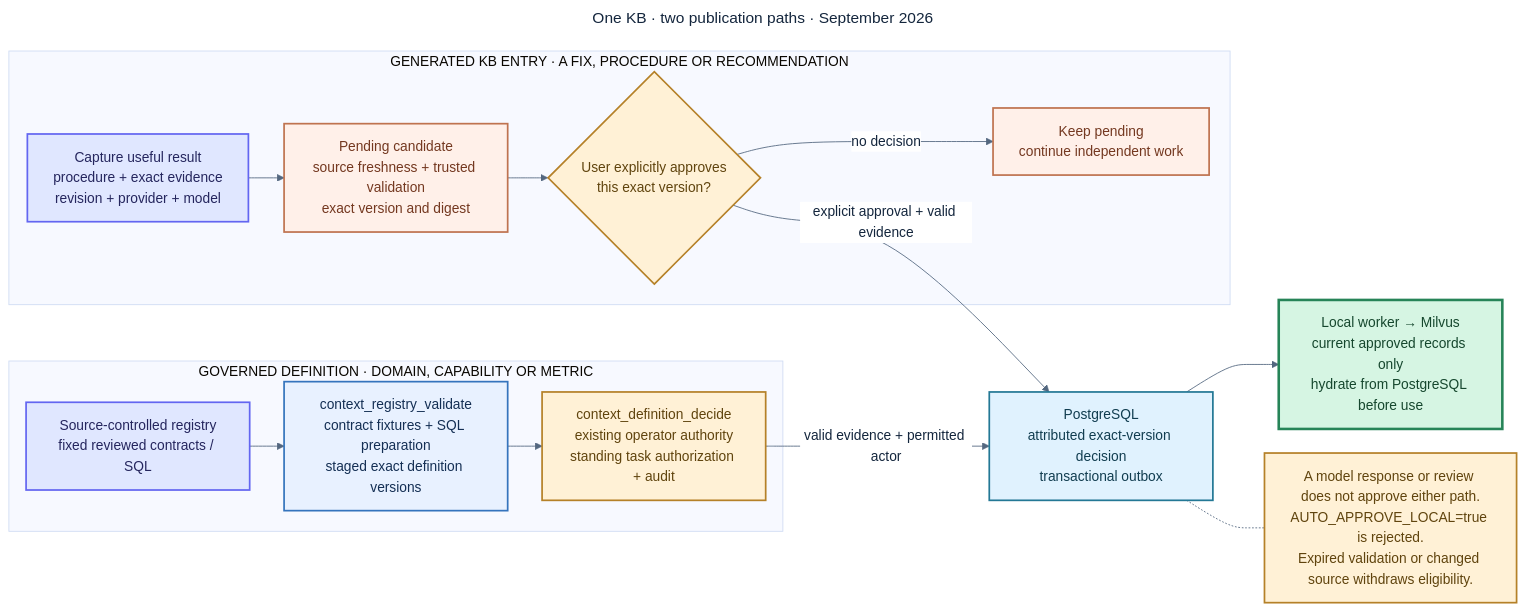
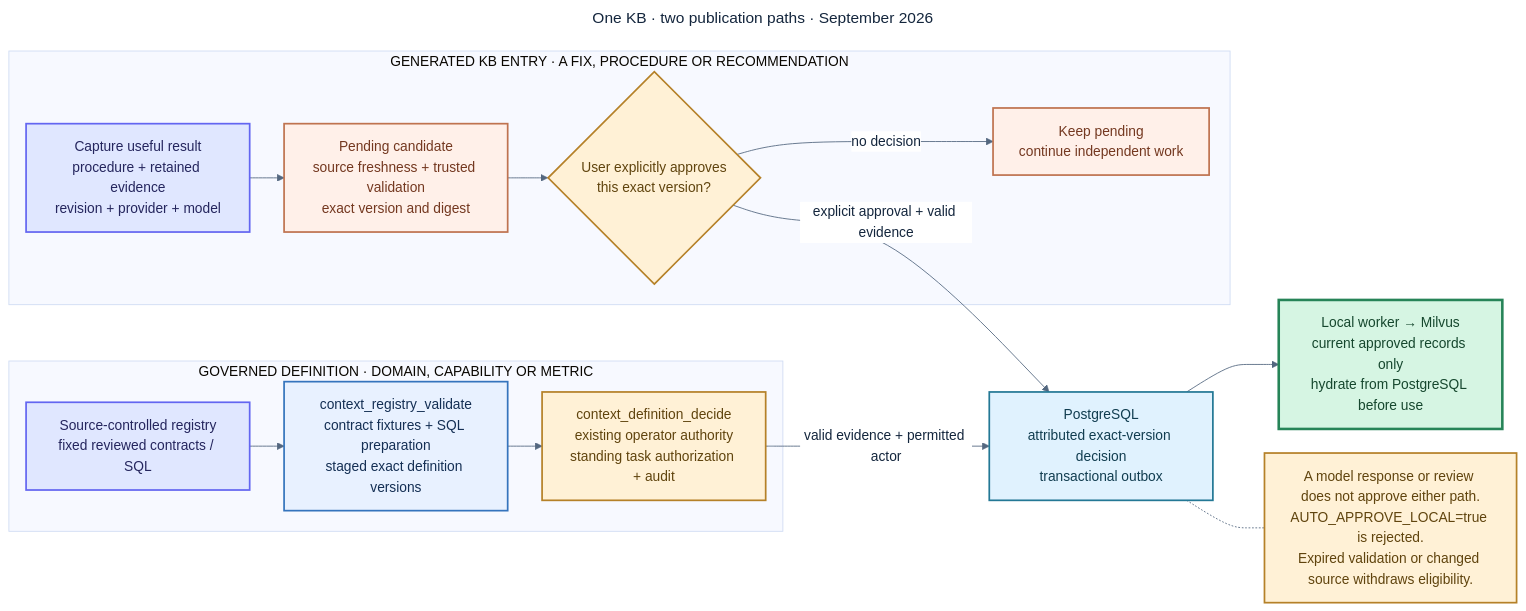
The diagram in docs/diagrams/hybrid-ai-review-learning-explainer.mmd (dhanuka84/local-ai-development-platform), drawn with Mermaid before and after one commit. The commit also changed 186 other files, not shown here.

```diff
--- a/docs/diagrams/hybrid-ai-review-learning-explainer.mmd
+++ b/docs/diagrams/hybrid-ai-review-learning-explainer.mmd
@@ -1,36 +1,36 @@
 ---
 title: One KB · two publication paths · September 2026
 ---
 %%{init: {"theme":"base","themeVariables":{"fontFamily":"Arial, sans-serif","fontSize":"16px","primaryTextColor":"#14263d","lineColor":"#53677f","edgeLabelBackground":"#ffffff"},"flowchart":{"curve":"basis","htmlLabels":true,"nodeSpacing":28,"rankSpacing":40},"fontFamily":"Arial, sans-serif","themeCSS":".nodeLabel, .edgeLabel, .cluster-label, .flowchartTitleText { font-family: Arial, sans-serif !important; }"}}%%
 flowchart LR
     subgraph ENTRY["GENERATED KB ENTRY · A FIX, PROCEDURE OR RECOMMENDATION"]
-        GEN["Capture useful result<br/>procedure + exact evidence<br/>revision + provider + model"]:::client
+        GEN["Capture useful result<br/>procedure + retained evidence<br/>revision + provider + model"]:::client
         PENDING["Pending candidate<br/>source freshness + trusted validation<br/>exact version and digest"]:::pending
         USER{"User explicitly approves<br/>this exact version?"}:::gate
         KEEP["Keep pending<br/>continue independent work"]:::pending
         GEN --> PENDING --> USER
         USER -->|no decision| KEEP
     end
     subgraph DEF["GOVERNED DEFINITION · DOMAIN, CAPABILITY OR METRIC"]
         REG["Source-controlled registry<br/>fixed reviewed contracts / SQL"]:::client
         VAL["context_registry_validate<br/>contract fixtures + SQL preparation<br/>staged exact definition versions"]:::service
         DEC["context_definition_decide<br/>existing operator authority<br/>standing task authorization + audit"]:::gate
         REG --> VAL --> DEC
     end
     COMMIT["PostgreSQL<br/>attributed exact-version decision<br/>transactional outbox"]:::data
     SEARCH["Local worker → Milvus<br/>current approved records only<br/>hydrate from PostgreSQL before use"]:::done
     USER -->|explicit approval + valid evidence| COMMIT
     DEC -->|valid evidence + permitted actor| COMMIT
     COMMIT --> SEARCH
     NOTE["A model response or review does not approve either path.<br/>AUTO_APPROVE_LOCAL=true is rejected.<br/>Expired validation or changed source withdraws eligibility."]:::gate
     COMMIT -.- NOTE
 
     classDef client fill:#e0e7ff,stroke:#6366f1,color:#25265e,stroke-width:2px;
     classDef service fill:#e8f1ff,stroke:#3574bd,color:#142f54,stroke-width:2px;
     classDef local fill:#e5f5eb,stroke:#33845e,color:#163e2a,stroke-width:2px;
     classDef data fill:#e0f2fe,stroke:#237895,color:#113d50,stroke-width:2px;
     classDef evidence fill:#f1e8ff,stroke:#8860b5,color:#422760,stroke-width:2px;
     classDef gate fill:#fff1d6,stroke:#b58128,color:#60440e,stroke-width:2px;
     classDef pending fill:#fff0e9,stroke:#bf7350,color:#743820,stroke-width:2px;
     classDef target fill:#f4f5f7,stroke:#778395,color:#374357,stroke-width:2px,stroke-dasharray:5 4;
     classDef done fill:#d6f5e3,stroke:#268458,color:#16472e,stroke-width:3px;
```
